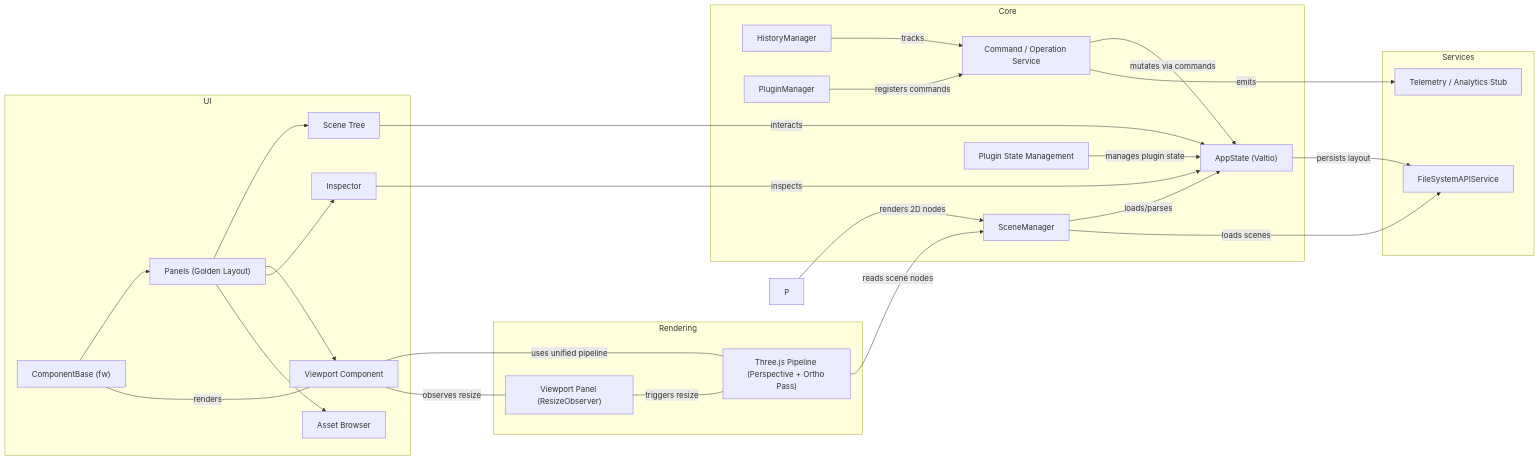
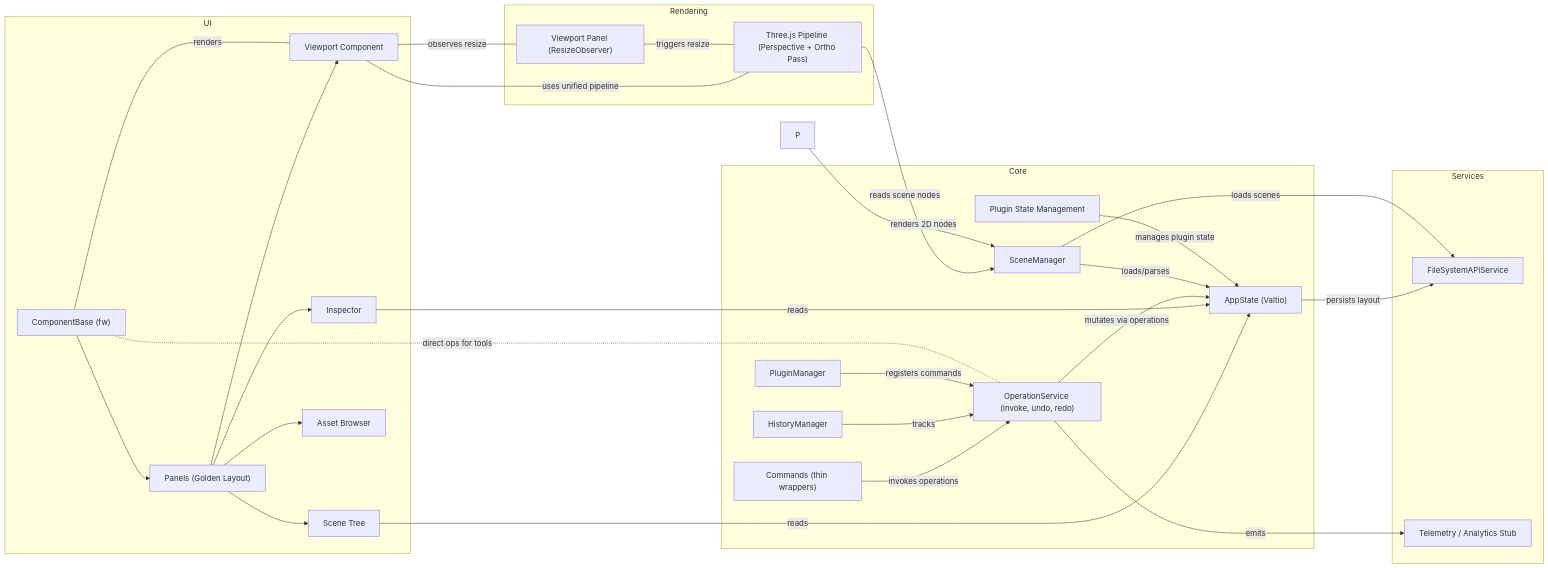
The diagram in docs/architecture.md (pix3dev/pix3-core), drawn with Mermaid before and after one commit. The commit also changed other lines of this file and 4 other files, not shown here.

First line of the commit message:
feat: Refactor undo/redo implementation to use operations-first model

````diff
--- a/docs/architecture.md
+++ b/docs/architecture.md
@@ -9,49 +9,54 @@
 ```mermaid
 flowchart LR
   subgraph UI
     A["ComponentBase (fw)"] --> B["Panels (Golden Layout)"]
     B --> C["Scene Tree"]
     B --> D["Viewport Component"]
     B --> E["Inspector"]
     B --> F["Asset Browser"]
   end
 
   subgraph Core
     G["AppState (Valtio)"]
-    H["Command / Operation Service"]
+    H["OperationService (invoke, undo, redo)"]
     I["HistoryManager"]
     J["SceneManager"]
     K["PluginManager"]
     L["Plugin State Management"]
+    Q["Commands (thin wrappers)"]
   end
 
   subgraph Services
     M["FileSystemAPIService"]
     N["Telemetry / Analytics Stub"]
   end
 
   subgraph Rendering
     O["Three.js Pipeline (Perspective + Ortho Pass)"]
     R["Viewport Panel (ResizeObserver)"]
   end
 
   A ---|renders| D
   D ---|uses unified pipeline| O
   D ---|observes resize| R
   R ---|triggers resize| O
 
-  C -->|interacts| G
-  E -->|inspects| G
-  H -->|mutates via commands| G
+  C -->|reads| G
+  E -->|reads| G
+  Q -->|invokes operations| H
+  H -->|mutates via operations| G
   I -->|tracks| H
   J -->|loads/parses| G
   K -->|registers commands| H
   L -->|manages plugin state| G
 
   G -->|persists layout| M
   H -->|emits| N
   J -->|loads scenes| M
 
+  %% UI can also call operations directly for tool flows
+  A -.direct ops for tools.- H
+
   O -->|reads scene nodes| J
   P -->|renders 2D nodes| J
 ```
````
